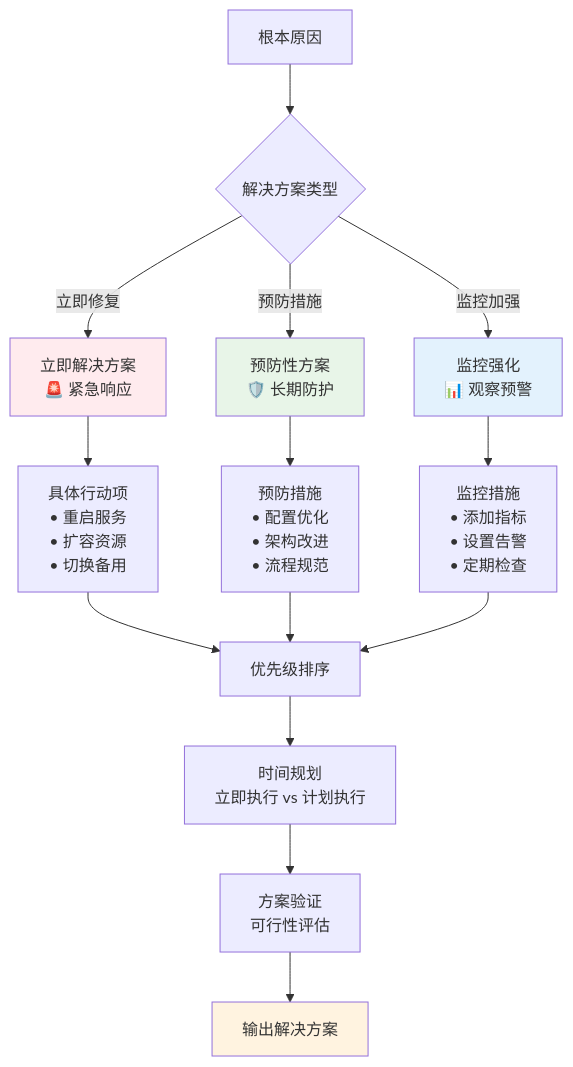
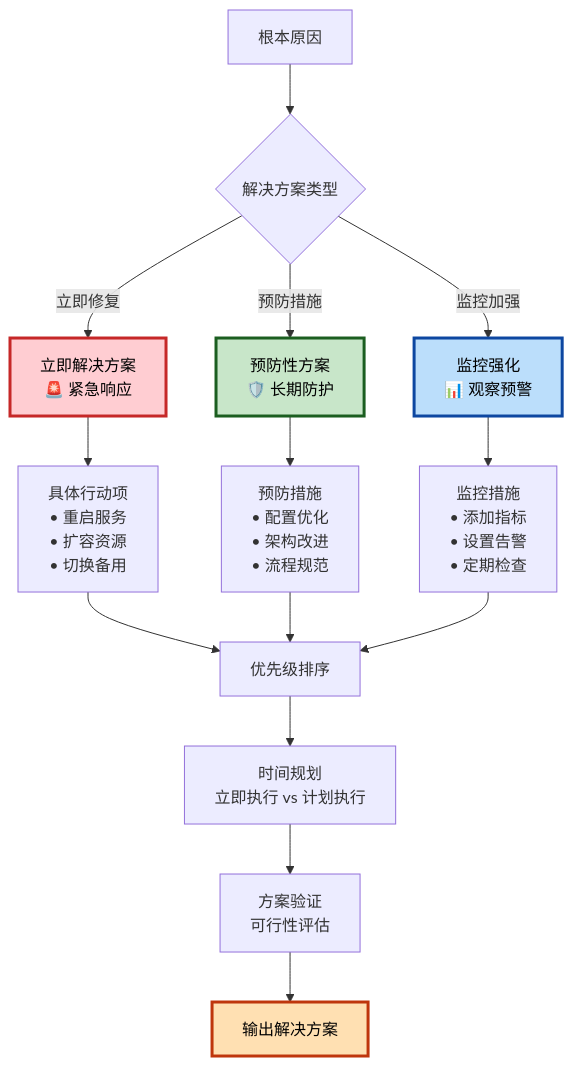
One commit to pkusnail/AIOpsPolaris changed the sixth of 7 diagrams in docs/MULTI_AGENT_ARCHITECTURE.md. Above: the diagram before and after it, drawn with Mermaid. The commit also changed other lines of this file and 2 other files, not shown here.

First line of the commit message:
fix(docs): improve mermaid diagram color contrast and readability

````diff
--- a/docs/MULTI_AGENT_ARCHITECTURE.md
+++ b/docs/MULTI_AGENT_ARCHITECTURE.md
@@ -323,25 +323,25 @@
 ```mermaid
 flowchart TD
     ROOT_CAUSE[根本原因] --> SOLUTION_TYPE{解决方案类型}
     
     SOLUTION_TYPE -->|立即修复| IMMEDIATE[立即解决方案<br/>🚨 紧急响应]
     SOLUTION_TYPE -->|预防措施| PREVENTION[预防性方案<br/>🛡️ 长期防护] 
     SOLUTION_TYPE -->|监控加强| MONITORING[监控强化<br/>📊 观察预警]
     
     IMMEDIATE --> IMM_ACTIONS[具体行动项<br/>• 重启服务<br/>• 扩容资源<br/>• 切换备用]
     PREVENTION --> PREV_ACTIONS[预防措施<br/>• 配置优化<br/>• 架构改进<br/>• 流程规范]
     MONITORING --> MON_ACTIONS[监控措施<br/>• 添加指标<br/>• 设置告警<br/>• 定期检查]
     
     IMM_ACTIONS --> PRIORITY[优先级排序]
     PREV_ACTIONS --> PRIORITY
     MON_ACTIONS --> PRIORITY
     
     PRIORITY --> TIMELINE[时间规划<br/>立即执行 vs 计划执行]
     TIMELINE --> VALIDATION[方案验证<br/>可行性评估]
     VALIDATION --> OUTPUT[输出解决方案]
     
-    style IMMEDIATE fill:#ffebee
-    style PREVENTION fill:#e8f5e8  
-    style MONITORING fill:#e3f2fd
-    style OUTPUT fill:#fff3e0
+    style IMMEDIATE fill:#ffcdd2,stroke:#c62828,stroke-width:3px,color:#000000
+    style PREVENTION fill:#c8e6c9,stroke:#1b5e20,stroke-width:3px,color:#000000
+    style MONITORING fill:#bbdefb,stroke:#0d47a1,stroke-width:3px,color:#000000
+    style OUTPUT fill:#ffe0b2,stroke:#bf360c,stroke-width:3px,color:#000000
 ```
````
